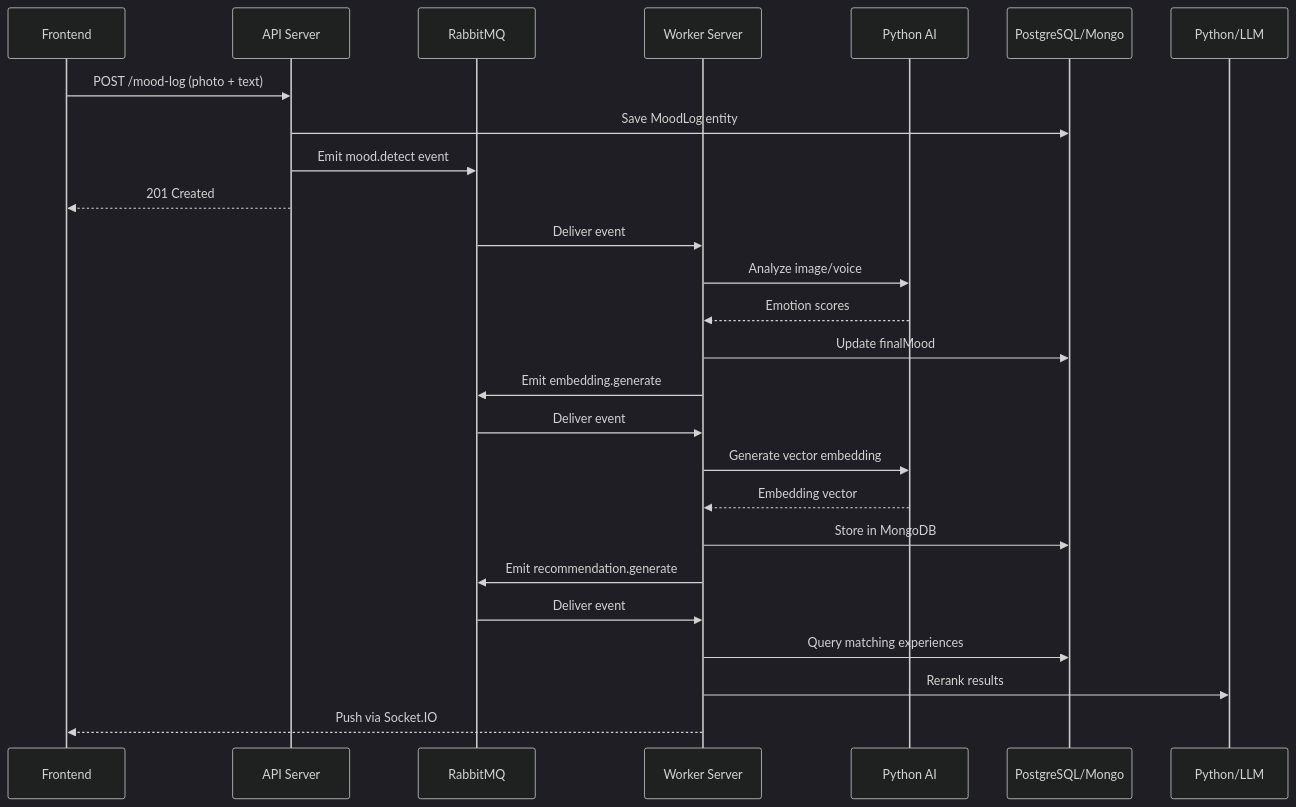
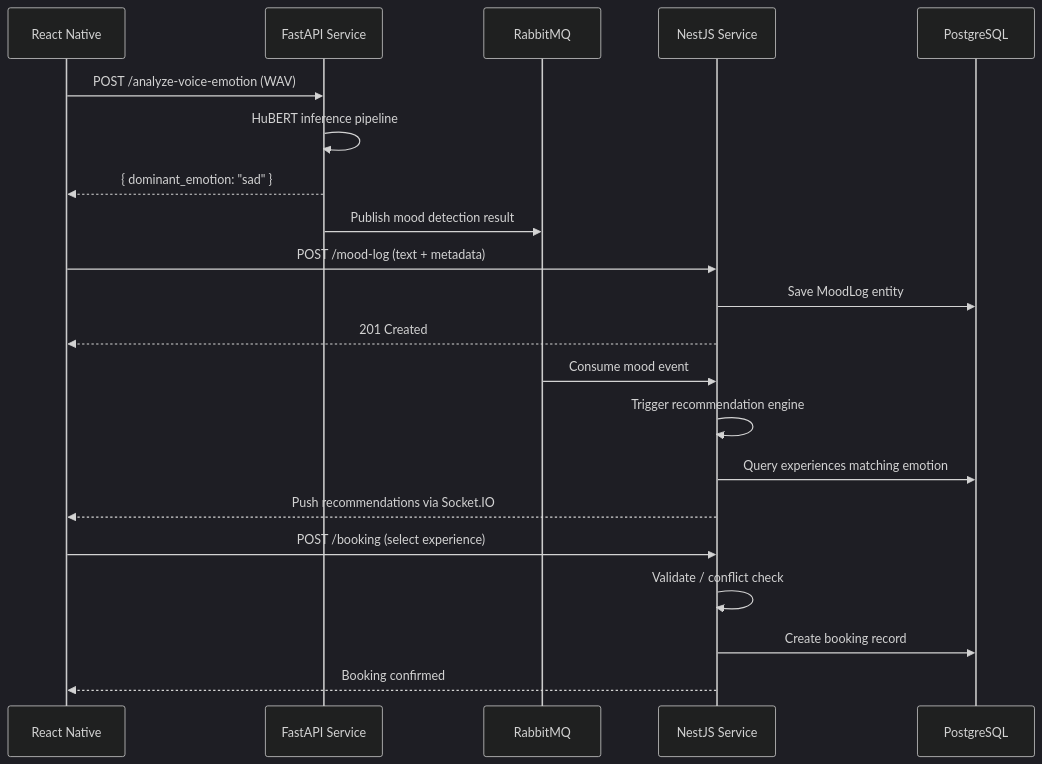
Before and after one commit to M-Talha-Atif/moodly-api: the second of 2 diagrams in README.md, drawn with Mermaid (dark theme). The commit also changed other lines of this file, not shown here.

Commit message:
Rewrite README with two-service architecture, FastAPI endpoints, RabbitMQ decoupling, full end-to-end flow

````diff
--- a/README.md
+++ b/README.md
@@ -69,28 +213,27 @@
 ```mermaid
 sequenceDiagram
-    participant Client as Frontend
-    participant API as API Server
+    participant App as React Native
+    participant FastAPI as FastAPI Service
     participant RMQ as RabbitMQ
-    participant Worker as Worker Server
-    participant Python as Python AI
-    participant DB as PostgreSQL/Mongo
+    participant NestJS as NestJS Service
+    participant PG as PostgreSQL
 
-    Client->>API: POST /mood-log (photo + text)
-    API->>DB: Save MoodLog entity
-    API->>RMQ: Emit mood.detect event
-    API-->>Client: 201 Created
-    RMQ->>Worker: Deliver event
-    Worker->>Python: Analyze image/voice
-    Python-->>Worker: Emotion scores
-    Worker->>DB: Update finalMood
-    Worker->>RMQ: Emit embedding.generate
-    RMQ->>Worker: Deliver event
-    Worker->>Python: Generate vector embedding
-    Python-->>Worker: Embedding vector
-    Worker->>DB: Store in MongoDB
-    Worker->>RMQ: Emit recommendation.generate
-    RMQ->>Worker: Deliver event
-    Worker->>DB: Query matching experiences
-    Worker->>Python/LLM: Rerank results
-    Worker-->>Client: Push via Socket.IO
+    App->>FastAPI: POST /analyze-voice-emotion (WAV)
+    FastAPI->>FastAPI: HuBERT inference pipeline
+    FastAPI-->>App: { dominant_emotion: "sad" }
+    FastAPI->>RMQ: Publish mood detection result
+
+    App->>NestJS: POST /mood-log (text + metadata)
+    NestJS->>PG: Save MoodLog entity
+    NestJS-->>App: 201 Created
+
+    RMQ->>NestJS: Consume mood event
+    NestJS->>NestJS: Trigger recommendation engine
+    NestJS->>PG: Query experiences matching emotion
+    NestJS-->>App: Push recommendations via Socket.IO
+
+    App->>NestJS: POST /booking (select experience)
+    NestJS->>NestJS: Validate / conflict check
+    NestJS->>PG: Create booking record
+    NestJS-->>App: Booking confirmed
 ```
````
